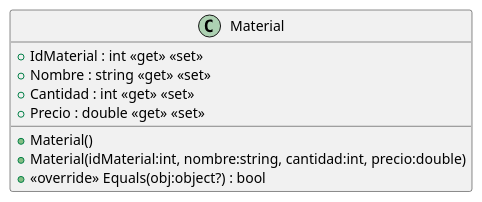
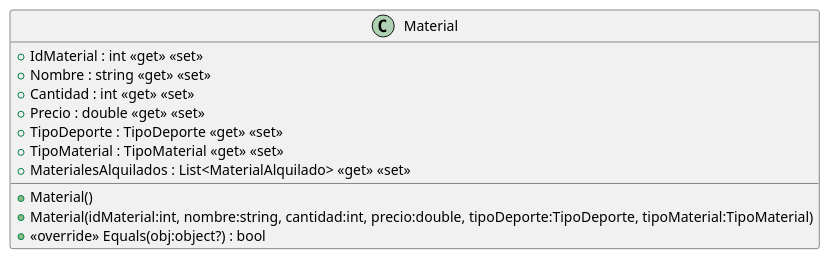
The diagram in src/AppForSEII.API/ClassDiagram/src/AppForSEII.API/Models/Material.puml (ISII2627CDGJ/ISII2627CDG), drawn with PlantUML before and after one commit. The commit also changed 9 other files, not shown here.

```diff
--- a/src/AppForSEII.API/ClassDiagram/src/AppForSEII.API/Models/Material.puml
+++ b/src/AppForSEII.API/ClassDiagram/src/AppForSEII.API/Models/Material.puml
@@ -1,11 +1,14 @@
 @startuml
 class Material {
     + IdMaterial : int <<get>> <<set>>
     + Nombre : string <<get>> <<set>>
     + Cantidad : int <<get>> <<set>>
     + Precio : double <<get>> <<set>>
+    + TipoDeporte : TipoDeporte <<get>> <<set>>
+    + TipoMaterial : TipoMaterial <<get>> <<set>>
+    + MaterialesAlquilados : List<MaterialAlquilado> <<get>> <<set>>
     + Material()
-    + Material(idMaterial:int, nombre:string, cantidad:int, precio:double)
+    + Material(idMaterial:int, nombre:string, cantidad:int, precio:double, tipoDeporte:TipoDeporte, tipoMaterial:TipoMaterial)
     + <<override>> Equals(obj:object?) : bool
 }
 @enduml
```
